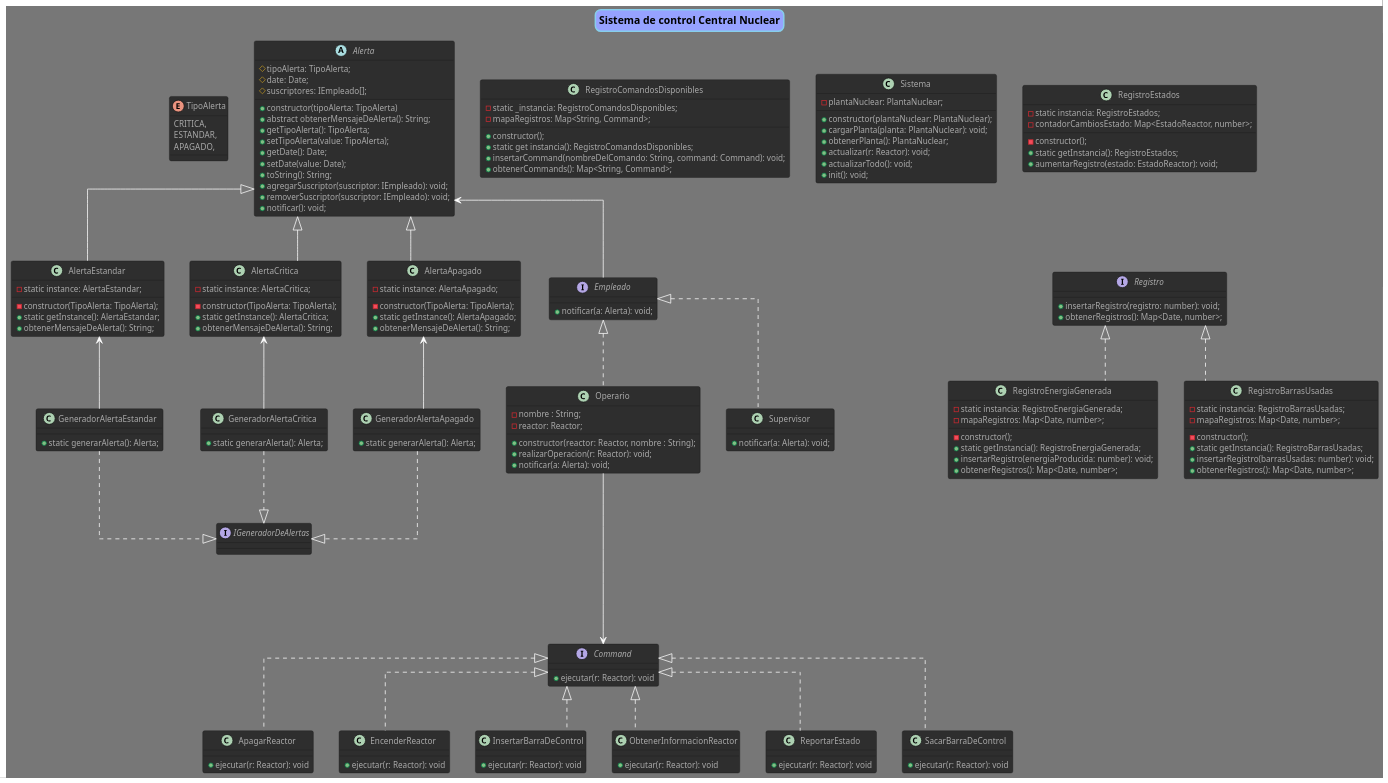
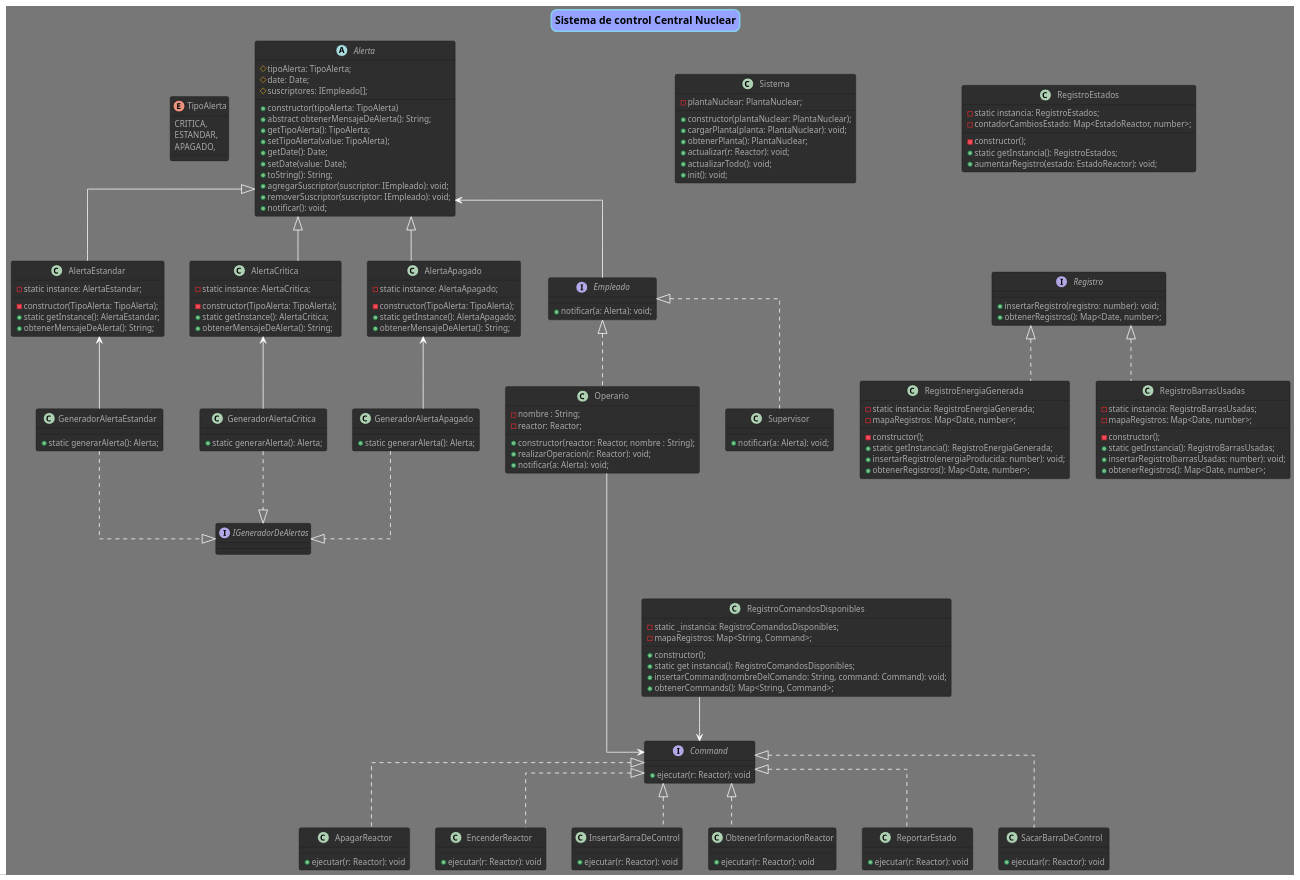
One commit to fmiguezo/reactor_nuclear changed the diagram in diagrams/clases_sistema_control.puml. Above: the diagram before and after it, drawn with PlantUML.

Commit message:
correccion diagrama

```diff
--- a/diagrams/clases_sistema_control.puml
+++ b/diagrams/clases_sistema_control.puml
@@ -206,5 +206,6 @@
 Registro <|.. RegistroEnergiaGenerada
 Registro <|.. RegistroBarrasUsadas
 RegistroEstados -d[hidden]- Registro
+RegistroComandosDisponibles --> Command
 
 @enduml
```
